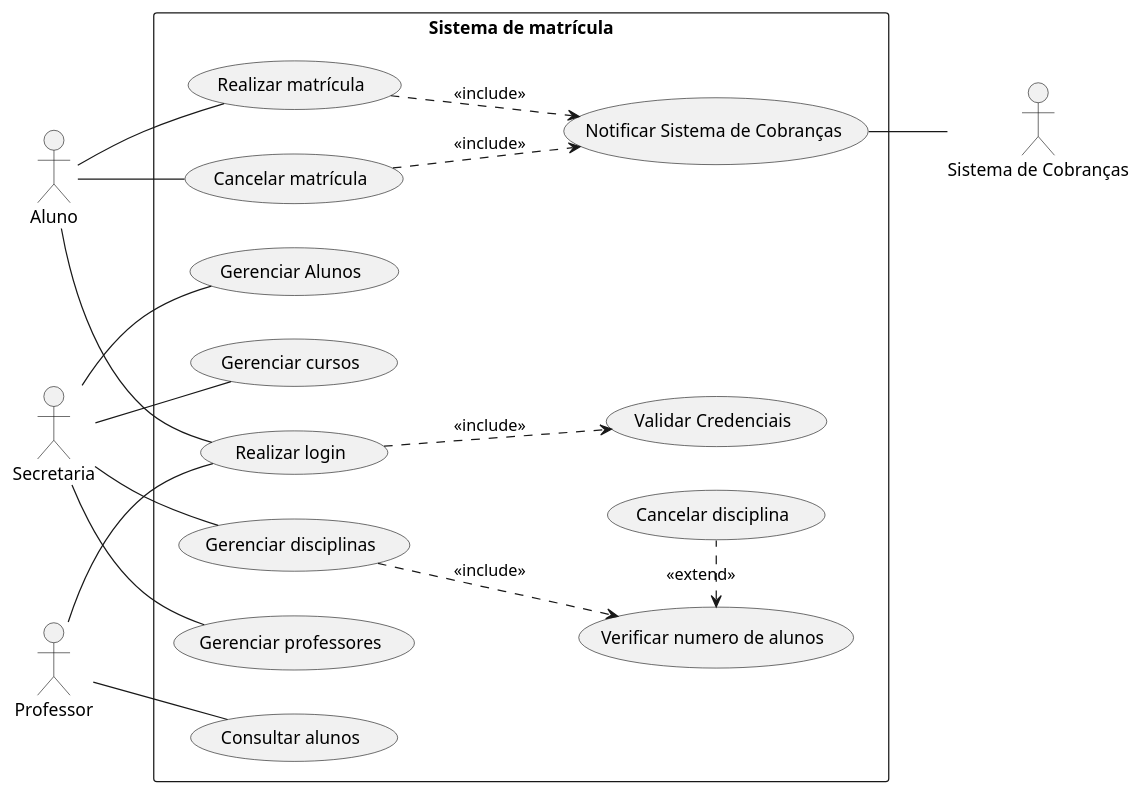
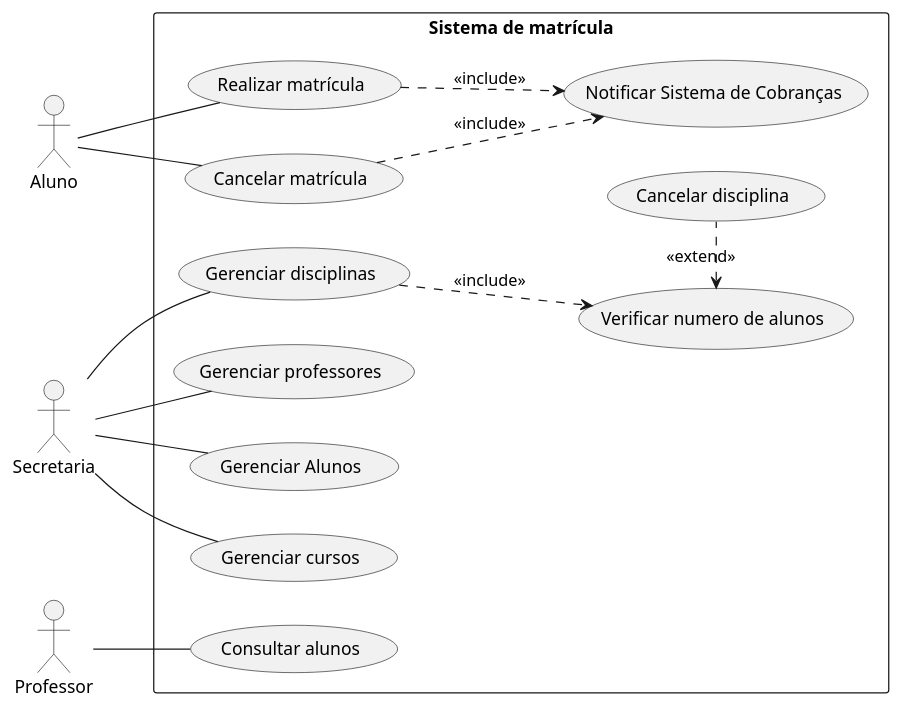
The diagram in projeto/diagrama_de_caso_de_uso.puml (luccaluchi/laboratorioLDS), drawn with PlantUML before and after one commit.

Commit message:
fix(docs): removing 'Sistema de cobrança' and 'login' from the ucs

```diff
--- a/projeto/diagrama_de_caso_de_uso.puml
+++ b/projeto/diagrama_de_caso_de_uso.puml
@@ -1,43 +1,38 @@
-@startuml
+@startuml 'Sistema de Matrícula'
 left to right direction
 actor "Aluno" as aluno
 actor "Secretaria" as secretaria
-actor "Sistema de Cobranças" as sistemaCobranca
 actor "Professor" as professor
+
 rectangle "Sistema de matrícula"{
   usecase "Realizar matrícula" as realizarMatricula
   usecase "Cancelar matrícula" as cancelarMatricula
 
-  usecase "Realizar login" as login
   usecase "Cancelar disciplina" as cancelarDisciplina
   usecase "Gerenciar disciplinas" as gerenciarDisciplinas
   usecase "Gerenciar professores" as gerenciarProfessores
   usecase "Gerenciar Alunos" as gerenciarAlunos
   usecase "Gerenciar cursos" as gerenciarCursos
 
-  usecase "Validar Credenciais" as validarCredenciais
   usecase "Notificar Sistema de Cobranças" as notificarCobranca
   usecase "Verificar numero de alunos" as verificarNumeroAlunos
 
   usecase "Consultar alunos" as consultarAlunos
 }
+
 professor -- consultarAlunos
-professor -- login
 
 aluno -- realizarMatricula
 aluno -- cancelarMatricula
-aluno -- login
 
-notificarCobranca -- sistemaCobranca
 realizarMatricula ..> notificarCobranca : "<<include>>"
 cancelarMatricula ..> notificarCobranca : "<<include>>"
 
-login ..> validarCredenciais: "<<include>>"
 gerenciarDisciplinas ..> verificarNumeroAlunos : "<<include>>"
 verificarNumeroAlunos <. cancelarDisciplina : "<<extend>>"
 
 secretaria -- gerenciarDisciplinas
 secretaria -- gerenciarProfessores
 secretaria -- gerenciarAlunos
 secretaria -- gerenciarCursos
 @enduml
```
